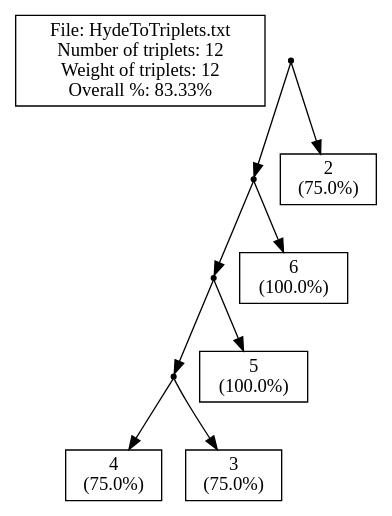
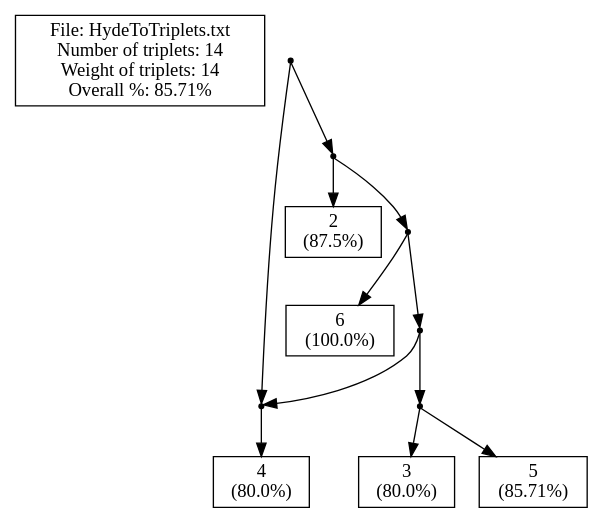
Before and after one commit to solislemuslab/phylo-knit: the diagram in New/Server/cExample1.dot, drawn with Graphviz. The commit also changed 17 other files, not shown here.

```diff
--- a/New/Server/cExample1.dot
+++ b/New/Server/cExample1.dot
@@ -1,44 +1,50 @@
 // LEV1ATHAN Version 1.0, 21 september 2009
 // COMMENT: Pre-processing the input file to count the leaves
 // COMMENT: Pre-processing showed that there are 5 leaves in the input.
 // SUMMARY: Input had 5 leaves.
 // USER-SETTING: Will *not* post-process output to collapse edges.
 // COMMENT: Triplet set is already dense.
-// SUMMARY: There are 12 triplets in the input.
-// SUMMARY: Total weight of input triplets is 12.
+// SUMMARY: There are 14 triplets in the input.
+// SUMMARY: Total weight of input triplets is 14.
 // SUMMARY: (Before post-processing)
-// SUMMARY: We got 10 units of triplet weight, that's 83.33% of total weight.
+// SUMMARY: We got 12 units of triplet weight, that's 85.71% of total weight.
 // SUMMARY: In total 2 units of triplet weight were -not- consistent with the ouput network.
-// SUMMARY: Output network contained 0 triplets -not- in the original input.
-// SUMMARY: The symmetric difference is thus 2 + (1 * 0) = 2
+// SUMMARY: Output network contained 3 triplets -not- in the original input.
+// SUMMARY: The symmetric difference is thus 2 + (1 * 3) = 5
 // SUMMARY: (After post-processing)
 strict digraph G1 {
 edge [fontsize=8]
-labelbox [shape=box, width=0.4, label="File: HydeToTriplets.txt\nNumber of triplets: 12\nWeight of triplets: 12\nOverall %: 83.33%"];
+labelbox [shape=box, width=0.4, label="File: HydeToTriplets.txt\nNumber of triplets: 14\nWeight of triplets: 14\nOverall %: 85.71%"];
 1000 [shape=point];
 1001 [shape=point];
-1002 [shape=point];
+3 [shape=box, width=0.3, label="4\n(80.0%)"];
 1003 [shape=point];
-1 [shape=box, width=0.3, label="4\n(75.0%)"];
-2 [shape=box, width=0.3, label="3\n(75.0%)"];
-5 [shape=box, width=0.3, label="5\n(100.0%)"];
-4 [shape=box, width=0.3, label="6\n(100.0%)"];
-3 [shape=box, width=0.3, label="2\n(75.0%)"];
+4 [shape=box, width=0.3, label="2\n(87.5%)"];
+1005 [shape=point];
+2 [shape=box, width=0.3, label="6\n(100.0%)"];
+1007 [shape=point];
+1008 [shape=point];
+1 [shape=box, width=0.3, label="3\n(80.0%)"];
+5 [shape=box, width=0.3, label="5\n(85.71%)"];
 1000 -> 1001
-1000 -> 3
-1001 -> 1002
-1001 -> 4
-1002 -> 1003
-1002 -> 5
-1003 -> 1
-1003 -> 2
+1000 -> 1003
+1001 -> 3
+1003 -> 4
+1003 -> 1005
+1005 -> 2
+1005 -> 1007
+1007 -> 1008
+1007 -> 1001
+1008 -> 1
+1008 -> 5
+1001 -> 3
 }
-// SUMMARY: eNewick output: ((((4,3),5),6),2);
+// SUMMARY: eNewick output: ((4)#H1,(2,(6,((3,5),#H1))));
 // SUMMARY: In total 2 units of triplet weight were -not- consistent with the ouput network.
-// SUMMARY: Output network contained 0 triplets -not- in the original input.
+// SUMMARY: Output network contained 3 triplets -not- in the original input.
 // SUMMARY: Weight of missing triplets before contraction minus weight of missing triplets afterwards: 0
 // SUMMARY: Number of surplus triplets before contraction minus number of surplus triplets afterwards: 0
-// CONCLUSION: After post-processing we got 10 units of triplet weight, that's 83.33% of total weight (before post-processing this was 83.33%).
-// CONCLUSION: After post-processing the symmetric difference is thus 2 + (1 * 0) = 2 (before post-processing this was 2)
-// STAT: PERCENTAGE = 83.33
-// STAT: NETWORK-TRIPLET SD = 2
+// CONCLUSION: After post-processing we got 12 units of triplet weight, that's 85.71% of total weight (before post-processing this was 85.71%).
+// CONCLUSION: After post-processing the symmetric difference is thus 2 + (1 * 3) = 5 (before post-processing this was 5)
+// STAT: PERCENTAGE = 85.71
+// STAT: NETWORK-TRIPLET SD = 5
```
